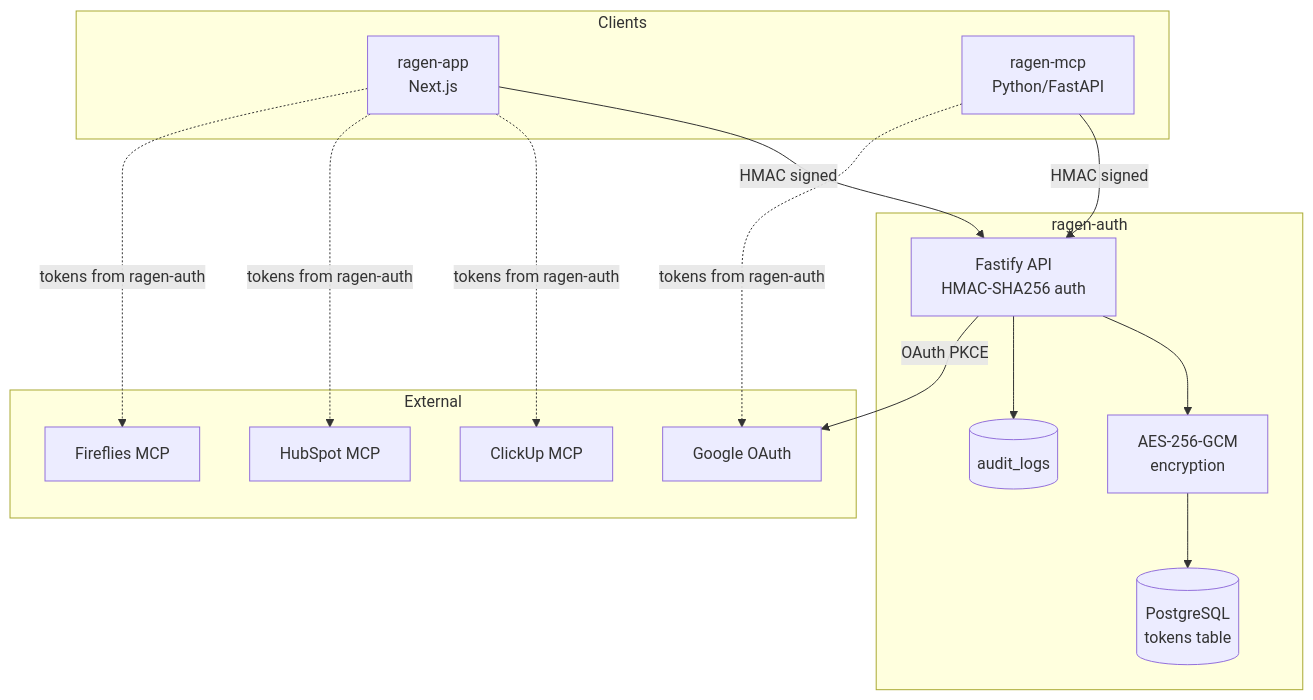
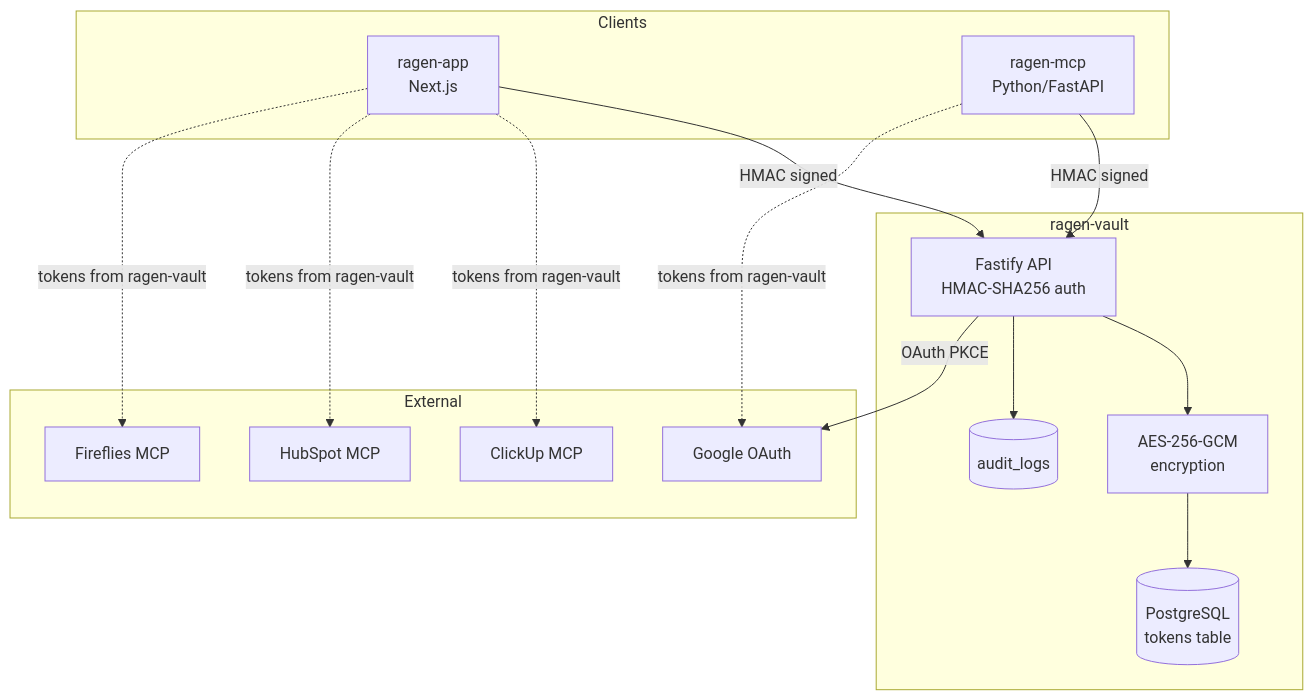
One commit to webamigos/ragen-token-vault changed the first of 2 diagrams in README.md. Above: the diagram before and after it, drawn with Mermaid. The commit also changed other lines of this file and 10 other files, not shown here.

Commit message:
refactor: rename ragen-auth to ragen-vault

````diff
--- a/README.md
+++ b/README.md
@@ -64,33 +64,33 @@
 ```mermaid
 flowchart TB
     subgraph Clients
         APP[ragen-app<br/>Next.js]
         MCP[ragen-mcp<br/>Python/FastAPI]
     end
 
-    subgraph ragen-auth
+    subgraph ragen-vault
         API[Fastify API<br/>HMAC-SHA256 auth]
         ENC[AES-256-GCM<br/>encryption]
         DB[(PostgreSQL<br/>tokens table)]
         AUDIT[(audit_logs)]
     end
 
     subgraph External
         GOOGLE[Google OAuth]
         CLICKUP[ClickUp MCP]
         HUBSPOT[HubSpot MCP]
         FIREFLIES[Fireflies MCP]
     end
 
     APP -->|HMAC signed| API
     MCP -->|HMAC signed| API
     API --> ENC
     ENC --> DB
     API --> AUDIT
     API -->|OAuth PKCE| GOOGLE
 
-    APP -.->|tokens from ragen-auth| CLICKUP
-    APP -.->|tokens from ragen-auth| HUBSPOT
-    APP -.->|tokens from ragen-auth| FIREFLIES
-    MCP -.->|tokens from ragen-auth| GOOGLE
+    APP -.->|tokens from ragen-vault| CLICKUP
+    APP -.->|tokens from ragen-vault| HUBSPOT
+    APP -.->|tokens from ragen-vault| FIREFLIES
+    MCP -.->|tokens from ragen-vault| GOOGLE
 ```
````
